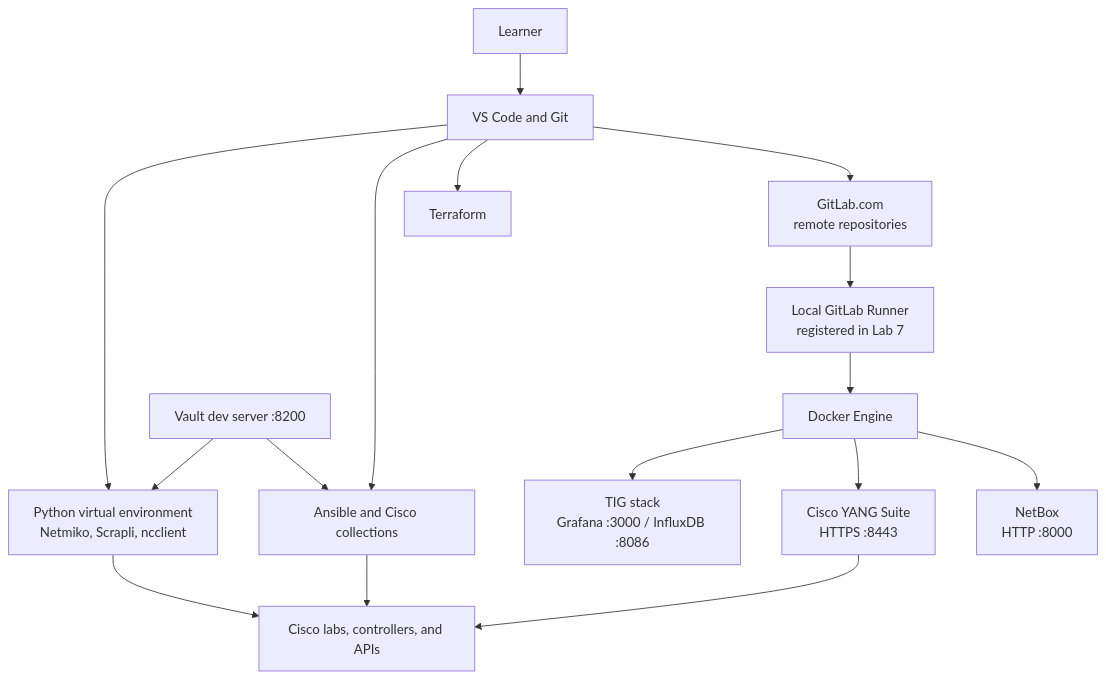
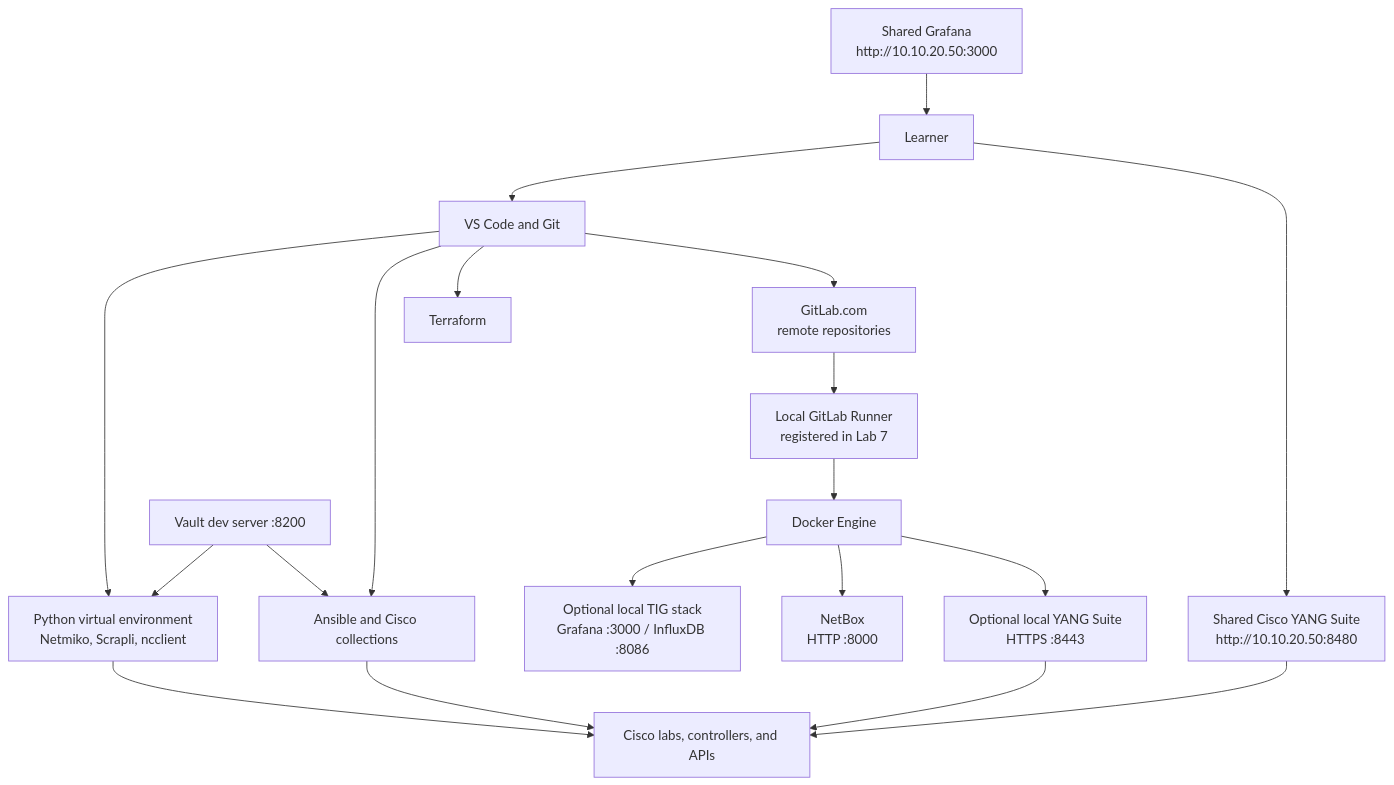
Before and after one commit to tanthanh85/CCNPAUTO: the diagram in LAB/Lab1/Lab1.md, drawn with Mermaid. The commit also changed other lines of this file and 23 other files, not shown here.

````diff
--- a/LAB/Lab1/Lab1.md
+++ b/LAB/Lab1/Lab1.md
@@ -46,19 +46,22 @@
 ```mermaid
 flowchart TB
     Learner["Learner"] --> VSCode["VS Code and Git"]
     VSCode --> Python["Python virtual environment<br/>Netmiko, Scrapli, ncclient"]
     VSCode --> Ansible["Ansible and Cisco collections"]
     VSCode --> IaC["Terraform"]
     VSCode --> GitLab["GitLab.com<br/>remote repositories"]
     GitLab --> Runner["Local GitLab Runner<br/>registered in Lab 7"]
 
-    Docker["Docker Engine"] --> TIG["TIG stack<br/>Grafana :3000 / InfluxDB :8086"]
-    Docker --> YANG["Cisco YANG Suite<br/>HTTPS :8443"]
+    Docker["Docker Engine"] --> TIG["Optional local TIG stack<br/>Grafana :3000 / InfluxDB :8086"]
     Docker --> NetBox["NetBox<br/>HTTP :8000"]
+    Docker --> LocalYANG["Optional local YANG Suite<br/>HTTPS :8443"]
     Runner --> Docker
     Python --> Devices["Cisco labs, controllers, and APIs"]
     Ansible --> Devices
-    YANG --> Devices
+    SharedYANG["Shared Cisco YANG Suite<br/>http://10.10.20.50:8480"] --> Devices
+    Learner --> SharedYANG
+    LocalYANG --> Devices
+    SharedGrafana["Shared Grafana<br/>http://10.10.20.50:3000"] --> Learner
     Vault["Vault dev server :8200"] --> Python
     Vault --> Ansible
 ```
````
